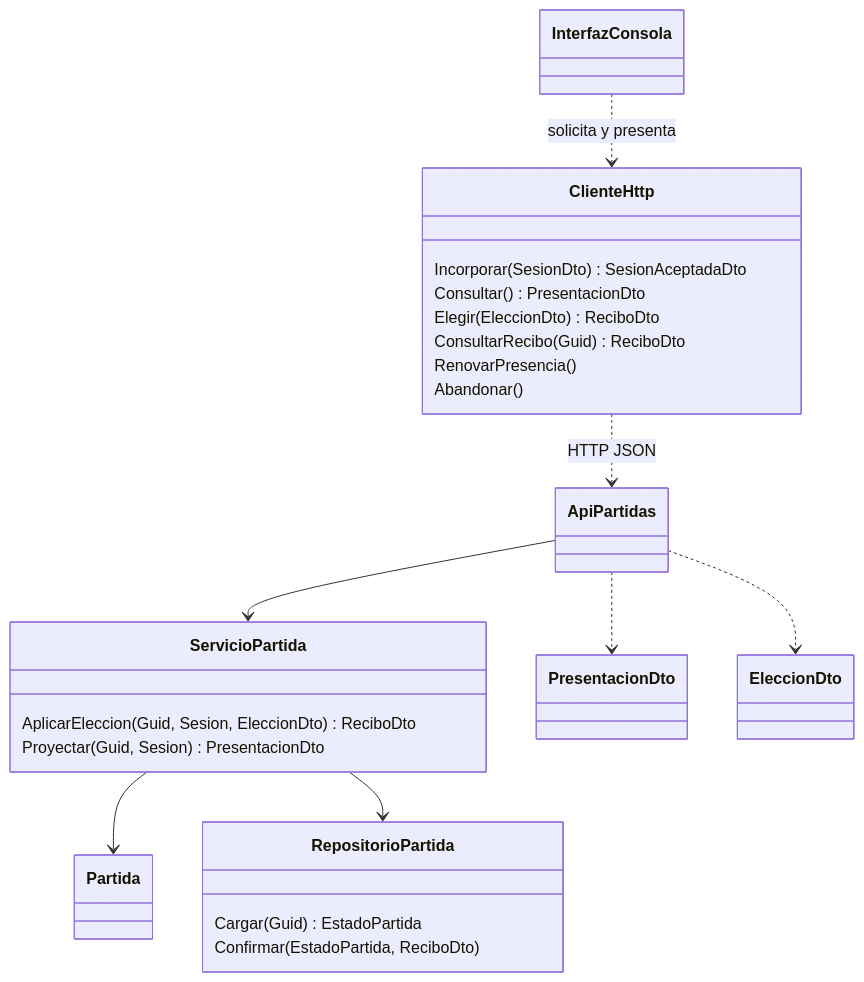
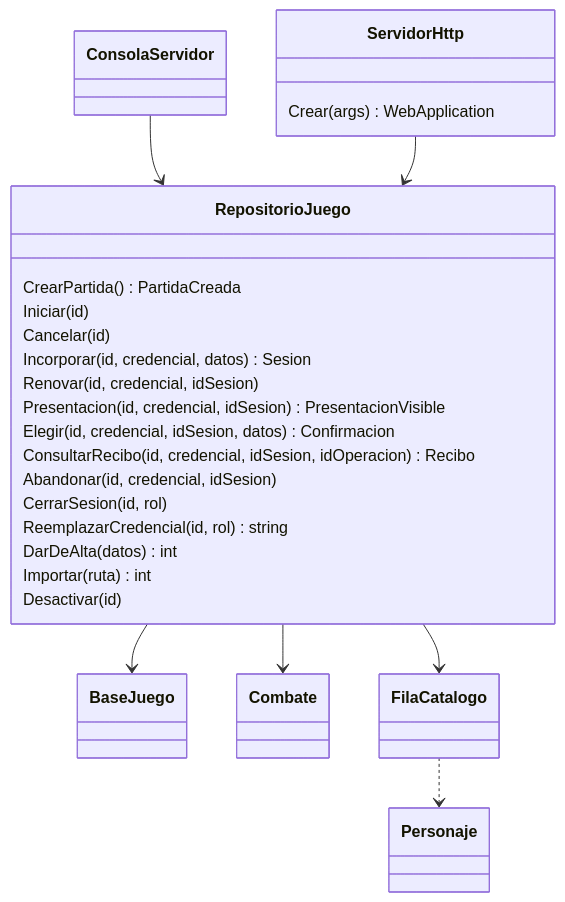
The second of 2 diagrams in docs/arquitectura.md (51215927-spec/proyecto-integrador-final), drawn with Mermaid before and after one commit. The commit also changed other lines of this file and 4 other files, not shown here.

Commit message:
docs: actualizar el contrato y la operacion de la api

````diff
--- a/docs/arquitectura.md
+++ b/docs/arquitectura.md
@@ -45,26 +45,28 @@
 ```mermaid
 classDiagram
-    ClienteHttp ..> ApiPartidas : HTTP JSON
-    InterfazConsola ..> ClienteHttp : solicita y presenta
-    ApiPartidas --> ServicioPartida
-    ServicioPartida --> Partida
-    ServicioPartida --> RepositorioPartida
-    ApiPartidas ..> PresentacionDto
-    ApiPartidas ..> EleccionDto
-    class ClienteHttp {
-        Incorporar(SesionDto) SesionAceptadaDto
-        Consultar() PresentacionDto
-        Elegir(EleccionDto) ReciboDto
-        ConsultarRecibo(Guid) ReciboDto
-        RenovarPresencia()
-        Abandonar()
+    ConsolaServidor --> RepositorioJuego
+    ServidorHttp --> RepositorioJuego
+    RepositorioJuego --> BaseJuego
+    RepositorioJuego --> Combate
+    RepositorioJuego --> FilaCatalogo
+    FilaCatalogo ..> Personaje
+    class ServidorHttp {
+        Crear(args) WebApplication
     }
-    class ServicioPartida {
-        AplicarEleccion(Guid, Sesion, EleccionDto) ReciboDto
-        Proyectar(Guid, Sesion) PresentacionDto
-    }
-    class RepositorioPartida {
-        Cargar(Guid) EstadoPartida
-        Confirmar(EstadoPartida, ReciboDto)
+    class RepositorioJuego {
+        CrearPartida() PartidaCreada
+        Iniciar(id)
+        Cancelar(id)
+        Incorporar(id, credencial, datos) Sesion
+        Renovar(id, credencial, idSesion)
+        Presentacion(id, credencial, idSesion) PresentacionVisible
+        Elegir(id, credencial, idSesion, datos) Confirmacion
+        ConsultarRecibo(id, credencial, idSesion, idOperacion) Recibo
+        Abandonar(id, credencial, idSesion)
+        CerrarSesion(id, rol)
+        ReemplazarCredencial(id, rol) string
+        DarDeAlta(datos) int
+        Importar(ruta) int
+        Desactivar(id)
     }
 ```
````
